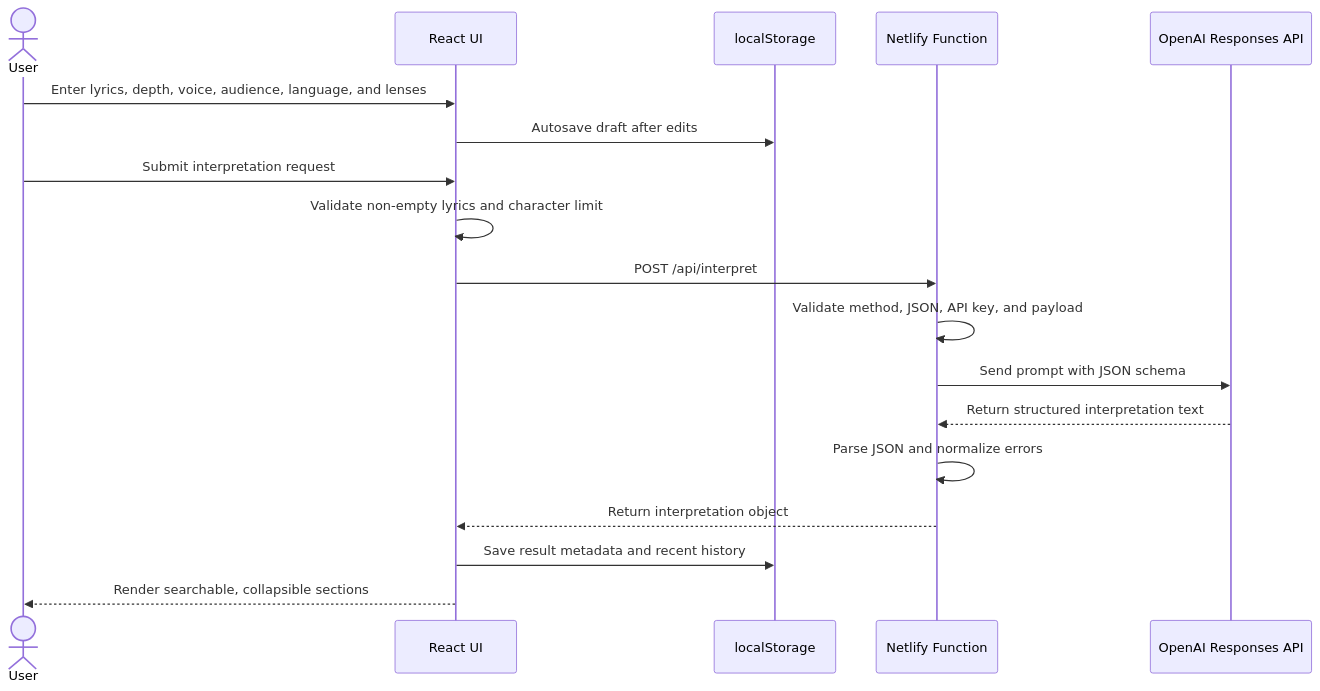
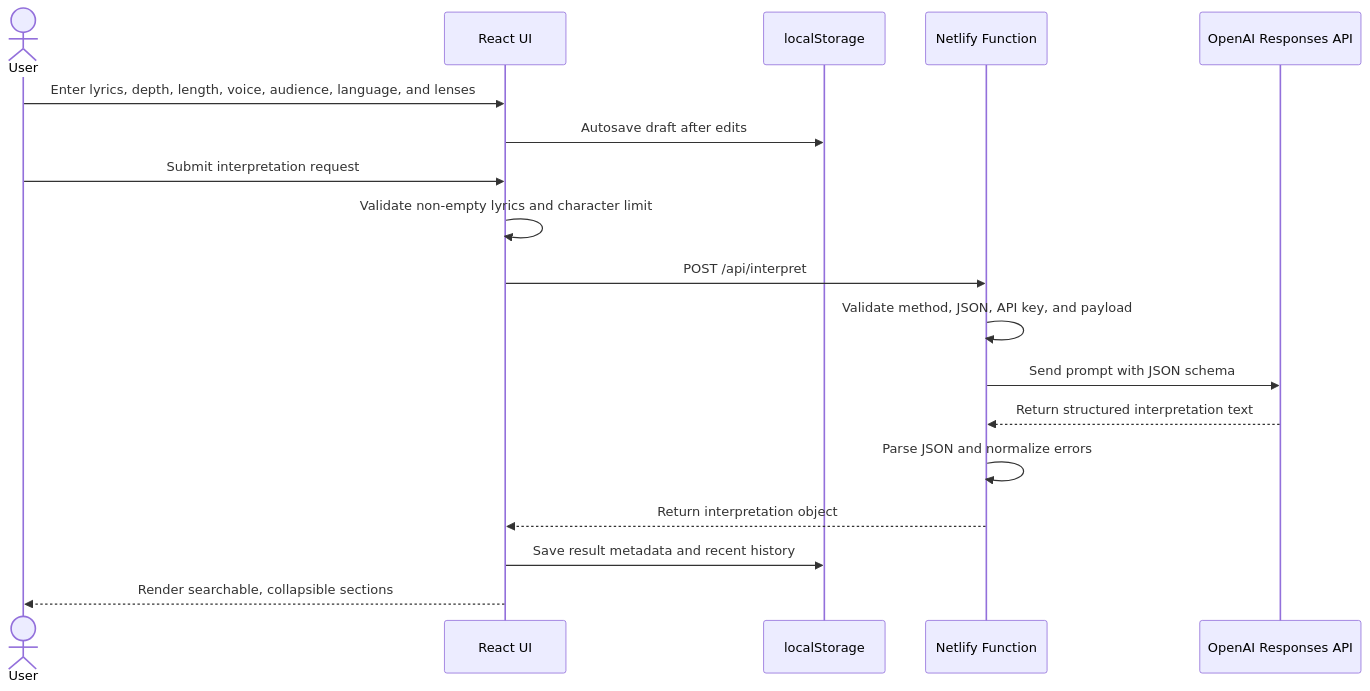
One commit to AsadullahBajwa/LyricLens changed the second of 3 diagrams in PROJECT_DOCUMENTATION.md. Above: the diagram before and after it, drawn with Mermaid. The commit also changed other lines of this file and 5 other files, not shown here.

````diff
--- a/PROJECT_DOCUMENTATION.md
+++ b/PROJECT_DOCUMENTATION.md
@@ -69,21 +69,21 @@
 ```mermaid
 sequenceDiagram
   actor User
   participant UI as React UI
   participant Store as localStorage
   participant API as Netlify Function
   participant OpenAI as OpenAI Responses API
 
-  User->>UI: Enter lyrics, depth, voice, audience, language, and lenses
+  User->>UI: Enter lyrics, depth, length, voice, audience, language, and lenses
   UI->>Store: Autosave draft after edits
   User->>UI: Submit interpretation request
   UI->>UI: Validate non-empty lyrics and character limit
   UI->>API: POST /api/interpret
   API->>API: Validate method, JSON, API key, and payload
   API->>OpenAI: Send prompt with JSON schema
   OpenAI-->>API: Return structured interpretation text
   API->>API: Parse JSON and normalize errors
   API-->>UI: Return interpretation object
   UI->>Store: Save result metadata and recent history
   UI-->>User: Render searchable, collapsible sections
 ```
````
